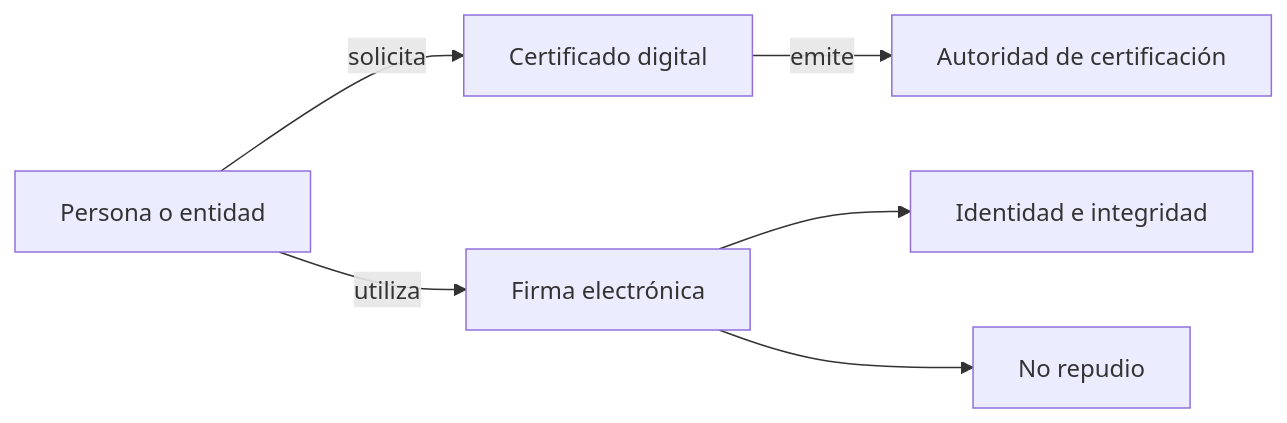
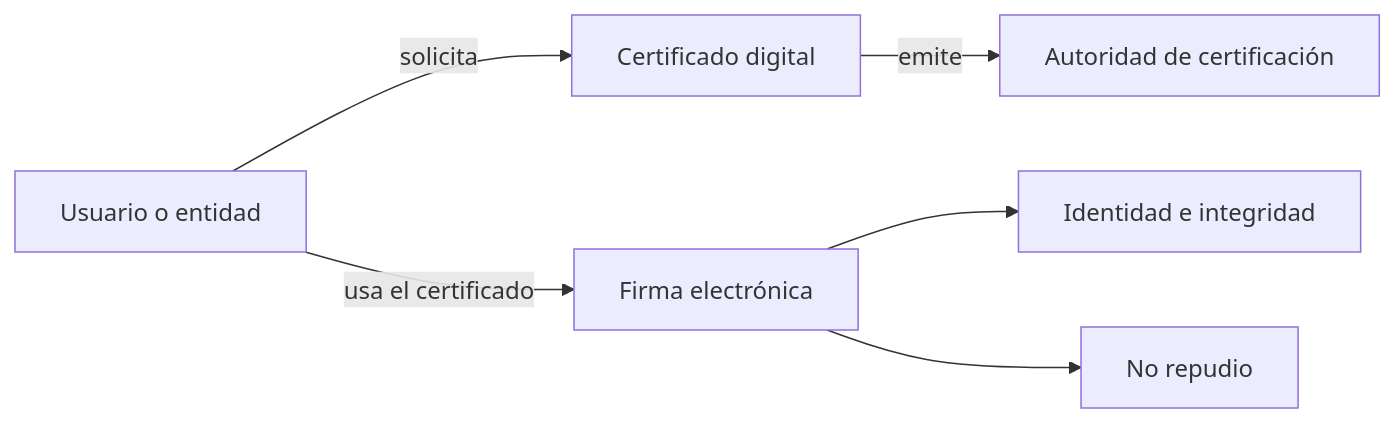
The fourth of 4 diagrams in slides/2SMR-SEGINF/UD01_diapositivas.md (martalopezron92/1DAW-2DAW-Generador-diapositivas), drawn with Mermaid before and after one commit. The commit also changed other lines of this file, not shown here.

````diff
--- a/slides/2SMR-SEGINF/UD01_diapositivas.md
+++ b/slides/2SMR-SEGINF/UD01_diapositivas.md
@@ -326,8 +556,8 @@
 ```mermaid
 flowchart LR
- U[Persona o entidad] -->|solicita| C[Certificado digital]
- C -->|emite| AC[Autoridad de certificación]
- U -->|utiliza| F[Firma electrónica]
- F --> I[Identidad e integridad]
- F --> N[No repudio]
+    U[Usuario o entidad] -->|solicita| C[Certificado digital]
+    C -->|emite| AC[Autoridad de certificación]
+    U -->|usa el certificado| F[Firma electrónica]
+    F --> I[Identidad e integridad]
+    F --> N[No repudio]
 ```
````
